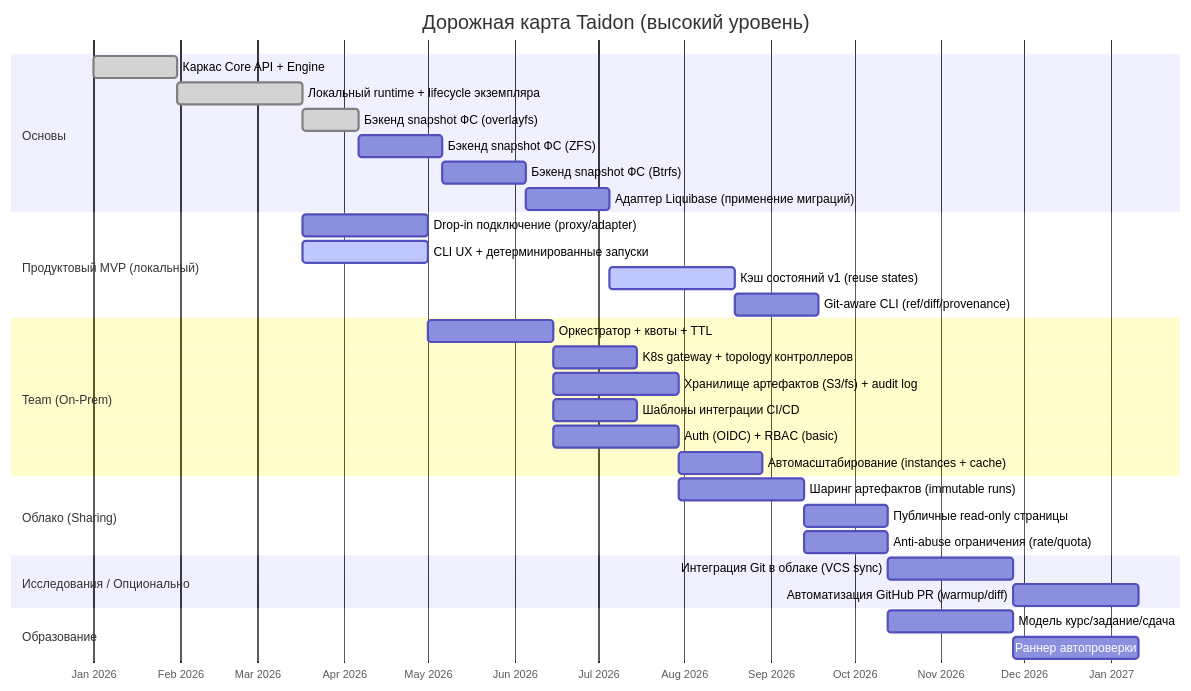
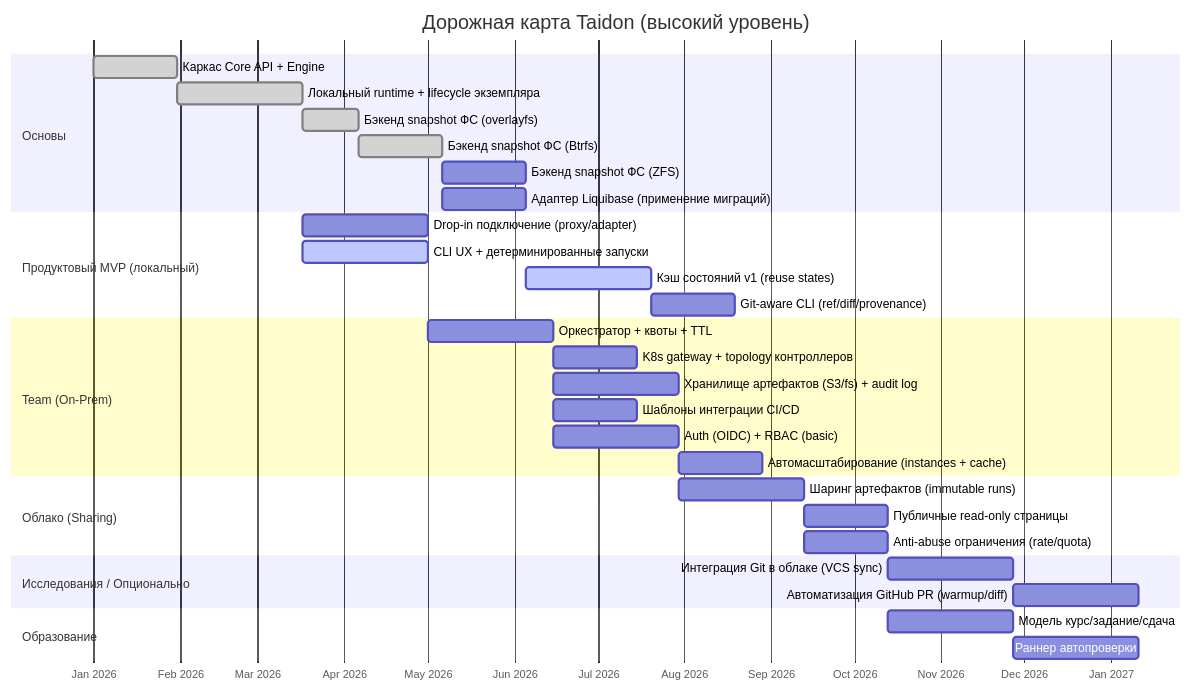
The diagram in docs/roadmap.RU.md (kimak-irmagi/taidon), drawn with Mermaid before and after one commit. The commit also changed other lines of this file and 1 other file, not shown here.

Commit message:
Btrfs status reflected in roadmap

````diff
--- a/docs/roadmap.RU.md
+++ b/docs/roadmap.RU.md
@@ -26,41 +26,41 @@
 ```mermaid
 gantt
     title Дорожная карта Taidon (высокий уровень)
     dateFormat  YYYY-MM-DD
     axisFormat  %b %Y
 
     section Основы
     Каркас Core API + Engine                  :done, a1, 2026-01-01, 30d
     Локальный runtime + lifecycle экземпляра   :done, a2, after a1, 45d
     Бэкенд snapshot ФС (overlayfs)            :done, a2fs, after a2, 20d
-    Бэкенд snapshot ФС (ZFS)                  :a2z, after a2fs, 30d
-    Бэкенд snapshot ФС (Btrfs)                :a2b, after a2z, 30d
+    Бэкенд snapshot ФС (Btrfs)                :done, a2b, after a2fs, 30d
+    Бэкенд snapshot ФС (ZFS)                  :a2z, after a2b, 30d
     Адаптер Liquibase (применение миграций)   :a3, after a2b, 30d
 
     section Продуктовый MVP (локальный)
     Drop-in подключение (proxy/adapter)       :b1, after a2, 45d
     CLI UX + детерминированные запуски        :active, b2, after a2, 45d
     Кэш состояний v1 (reuse states)           :active, b3, after a3, 45d
     Git-aware CLI (ref/diff/provenance)       :b4, after b3, 30d
 
     section Team (On-Prem)
     Оркестратор + квоты + TTL                 :c1, after b2, 45d
     K8s gateway + topology контроллеров       :c6, after c1, 30d
     Хранилище артефактов (S3/fs) + audit log  :c2, after c1, 45d
     Шаблоны интеграции CI/CD                  :c3, after c1, 30d
     Auth (OIDC) + RBAC (basic)                :c4, after c1, 45d
     Автомасштабирование (instances + cache)   :c5, after c2, 30d
 
     section Облако (Sharing)
     Шаринг артефактов (immutable runs)        :d1, after c2, 45d
     Публичные read-only страницы              :d2, after d1, 30d
     Anti-abuse ограничения (rate/quota)       :d3, after d1, 30d
 
     section Исследования / Опционально
     Интеграция Git в облаке (VCS sync)        :o1, after d2, 45d
     Автоматизация GitHub PR (warmup/diff)     :o2, after o1, 45d
 
     section Образование
     Модель курс/задание/сдача                 :e1, after d2, 45d
     Раннер автопроверки                       :e2, after e1, 45d
 ```
````
